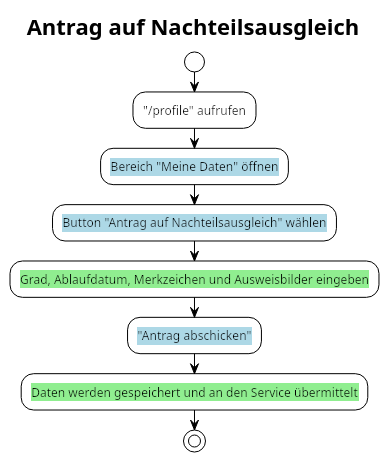
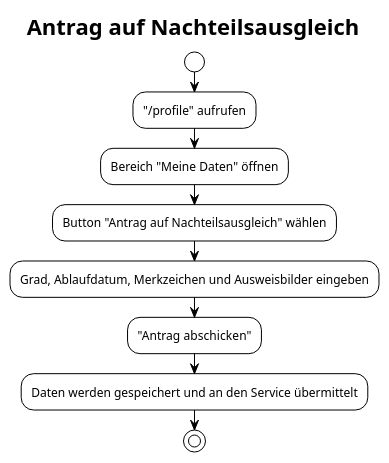
Before and after one commit to konzjulianprivat/EventimDisabilityIntegration: the diagram in diagrams/request_for_disadvantages.puml, drawn with PlantUML. The commit also changed 20 other files, not shown here.

```diff
--- a/diagrams/request_for_disadvantages.puml
+++ b/diagrams/request_for_disadvantages.puml
@@ -1,16 +1,16 @@
 @startuml
 title Antrag auf Nachteilsausgleich
 
 !theme plain
 skinparam linetype ortho
 start
 
-:<back:White>"/profile" aufrufen;
-:<back:LightBlue>Bereich "Meine Daten" öffnen;
-:<back:LightBlue>Button "Antrag auf Nachteilsausgleich" wählen;
-:<back:LightGreen>Grad, Ablaufdatum, Merkzeichen und Ausweisbilder eingeben;
-:<back:LightBlue>"Antrag abschicken";
-:<back:LightGreen>Daten werden gespeichert und an den Service übermittelt;
+:"/profile" aufrufen;
+:Bereich "Meine Daten" öffnen;
+:Button "Antrag auf Nachteilsausgleich" wählen;
+:Grad, Ablaufdatum, Merkzeichen und Ausweisbilder eingeben;
+:"Antrag abschicken";
+:Daten werden gespeichert und an den Service übermittelt;
 
 stop
 @enduml
```
